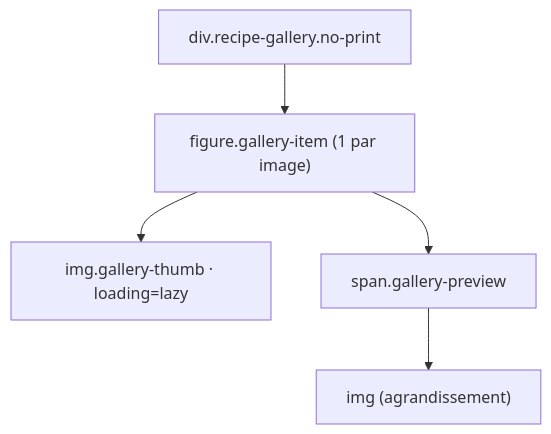
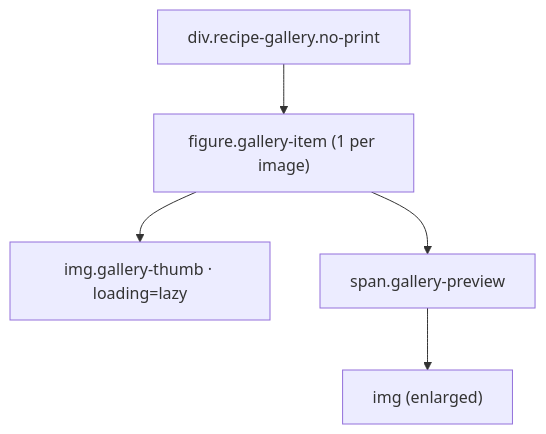
The fifth of 6 diagrams in RECIPE_DOM.md (ppoilbarbe/PBRecipe), drawn with Mermaid before and after one commit. The commit also changed other lines of this file and 8 other files, not shown here.

````diff
--- a/RECIPE_DOM.md
+++ b/RECIPE_DOM.md
@@ -124,11 +124,11 @@
 ```mermaid
 graph TD
     gallery["div.recipe-gallery.no-print"]
-    fig["figure.gallery-item (1 par image)"]
+    fig["figure.gallery-item (1 per image)"]
     thumb["img.gallery-thumb · loading=lazy"]
     prev["span.gallery-preview"]
-    previmg["img (agrandissement)"]
+    previmg["img (enlarged)"]
 
     gallery --> fig --> thumb
     fig --> prev --> previmg
 ```
````
